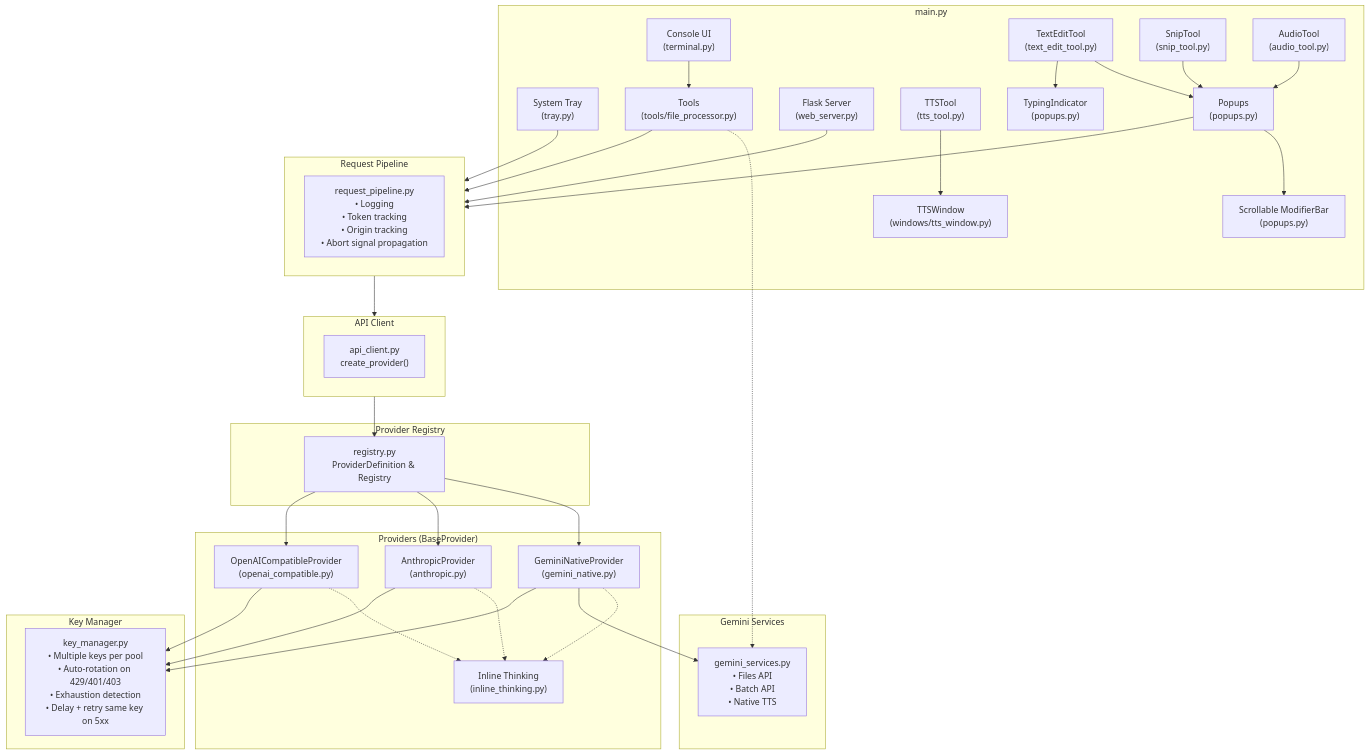
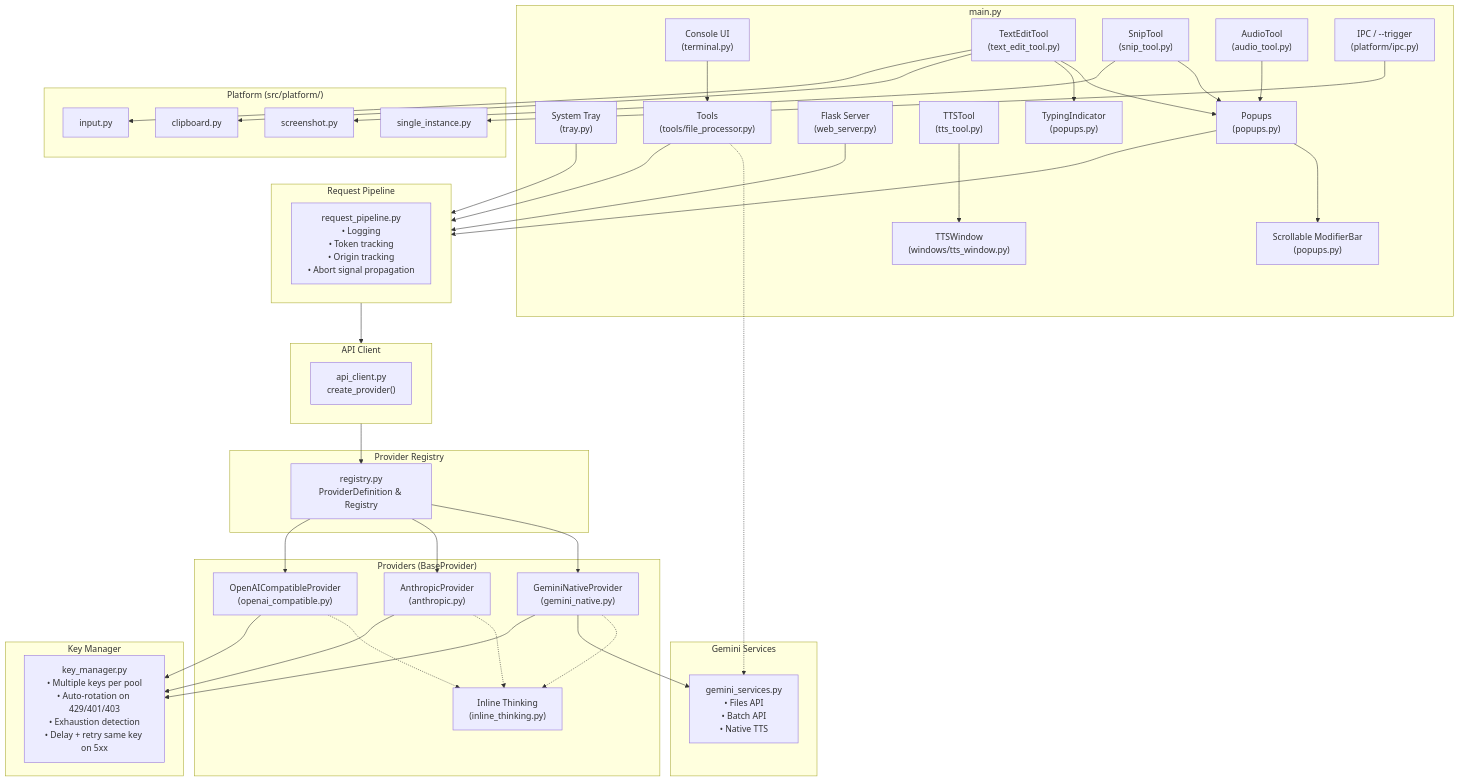
One commit to zaxx-q/AIPromptBridge changed the first of 3 diagrams in docs/ARCHITECTURE.md. Above: the diagram before and after it, drawn with Mermaid. The commit also changed other lines of this file and 5 other files, not shown here.

````diff
--- a/docs/ARCHITECTURE.md
+++ b/docs/ARCHITECTURE.md
@@ -23,69 +26,80 @@
 ```mermaid
 flowchart TB
     subgraph Main["main.py"]
         Tray["System Tray<br/>(tray.py)"]
         Console["Console UI<br/>(terminal.py)"]
         Tools["Tools<br/>(tools/file_processor.py)"]
         Flask["Flask Server<br/>(web_server.py)"]
         TET["TextEditTool<br/>(text_edit_tool.py)"]
         Snip["SnipTool<br/>(snip_tool.py)"]
         Audio["AudioTool<br/>(audio_tool.py)"]
         TTS["TTSTool<br/>(tts_tool.py)"]
         TTSUI["TTSWindow<br/>(windows/tts_window.py)"]
         Popups["Popups<br/>(popups.py)"]
         Modifiers["Scrollable ModifierBar<br/>(popups.py)"]
         TypingInd["TypingIndicator<br/>(popups.py)"]
+        IPC["IPC / --trigger<br/>(platform/ipc.py)"]
+    end
+
+    subgraph OS["Platform (src/platform/)"]
+        Clip["clipboard.py"]
+        Input["input.py"]
+        Shot["screenshot.py"]
+        Inst["single_instance.py"]
     end
     
     subgraph Pipeline["Request Pipeline"]
         RP["request_pipeline.py<br/>• Logging<br/>• Token tracking<br/>• Origin tracking<br/>• Abort signal propagation"]
-    end
-    
+    end    
     subgraph APIClient["API Client"]
         AC["api_client.py<br/>create_provider()"]
     end
 
     subgraph Registry["Provider Registry"]
         PR["registry.py<br/>ProviderDefinition & Registry"]
     end
     
     subgraph Providers["Providers (BaseProvider)"]
         Gemini["GeminiNativeProvider<br/>(gemini_native.py)"]
         Anthropic["AnthropicProvider<br/>(anthropic.py)"]
         OAI["OpenAICompatibleProvider<br/>(openai_compatible.py)"]
         InlineThinking["Inline Thinking<br/>(inline_thinking.py)"]
     end
 
     subgraph GeminiSvcs["Gemini Services"]
         GS["gemini_services.py<br/>• Files API<br/>• Batch API<br/>• Native TTS"]
     end
     
     subgraph KeyMgr["Key Manager"]
         KM["key_manager.py<br/>• Multiple keys per pool<br/>• Auto-rotation on 429/401/403<br/>• Exhaustion detection<br/>• Delay + retry same key on 5xx"]
     end
     
     Tray --> Pipeline
     Flask --> Pipeline
     Console --> Tools
     Tools --> Pipeline
     TET --> Popups
     Snip --> Popups
     Audio --> Popups
     TTS --> TTSUI
     Popups --> Modifiers
     TET --> TypingInd
     Popups --> Pipeline
     Pipeline --> APIClient
     APIClient --> PR
     PR --> Gemini
     PR --> Anthropic
     PR --> OAI
     Gemini -.-> InlineThinking
     OAI -.-> InlineThinking
     Anthropic -.-> InlineThinking
     Gemini --> GS
     Tools -.-> GS
     Gemini --> KM
     Anthropic --> KM
     OAI --> KM
+    IPC --> Inst
+    TET --> Clip
+    TET --> Input
+    Snip --> Shot
 ```
````
